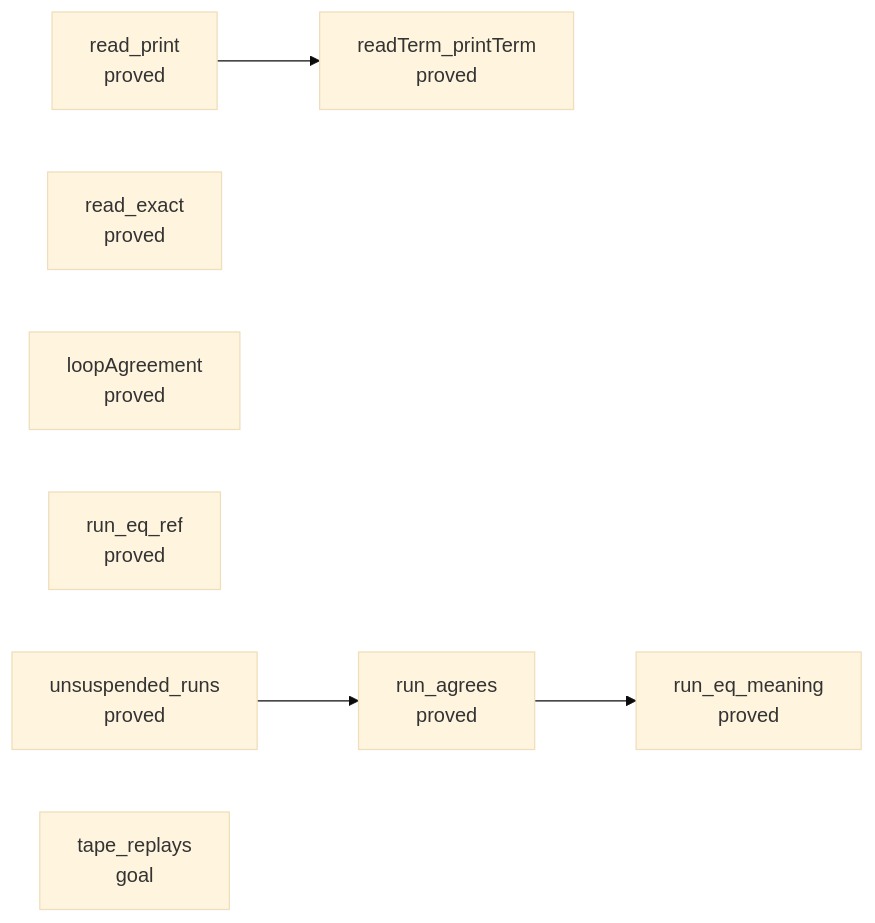
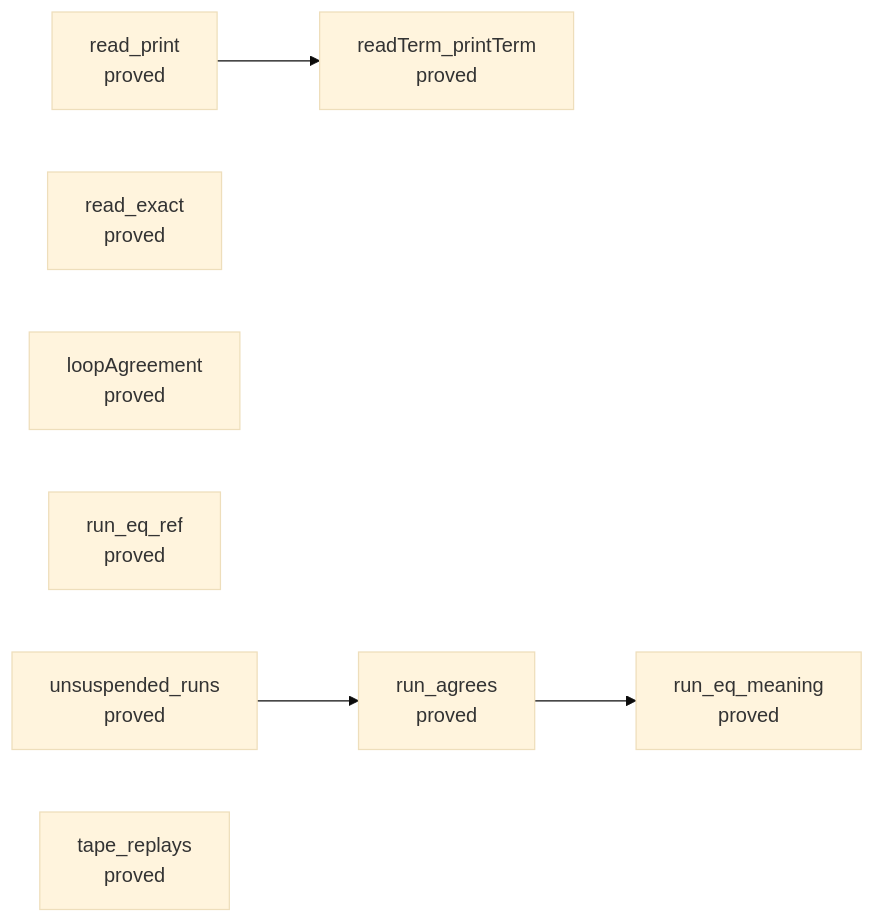
The eighth of 13 diagrams in generated/semantics.md (pure-algebra/lean4-effect4), drawn with Mermaid (base theme) before and after one commit. The commit also changed other lines of this file and 8 other files, not shown here.

First line of the commit message:
A journal's machine is the raw replay of its tape: tape_replays is proved

````diff
--- a/generated/semantics.md
+++ b/generated/semantics.md
@@ -2524,15 +2531,15 @@
 ```mermaid
 flowchart LR
   n0["read_print<br/>proved"]
   n1["read_exact<br/>proved"]
   n2["run_eq_meaning<br/>proved"]
   n3["loopAgreement<br/>proved"]
   n4["run_eq_ref<br/>proved"]
   n5["unsuspended_runs<br/>proved"]
-  n6["tape_replays<br/>goal"]
+  n6["tape_replays<br/>proved"]
   n7["readTerm_printTerm<br/>proved"]
   n8["run_agrees<br/>proved"]
   n0 --> n7
   n5 --> n8
   n8 --> n2
 ```
````
